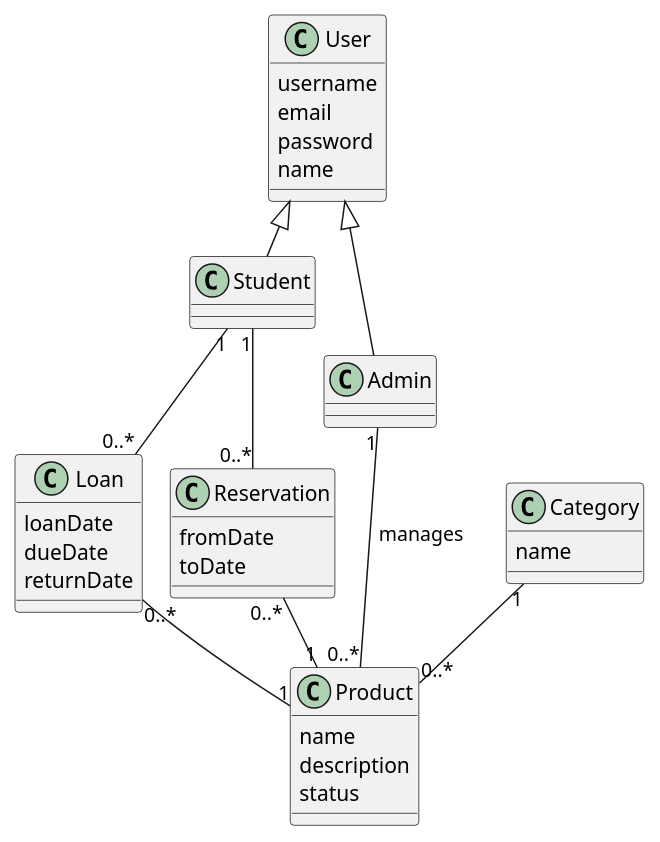
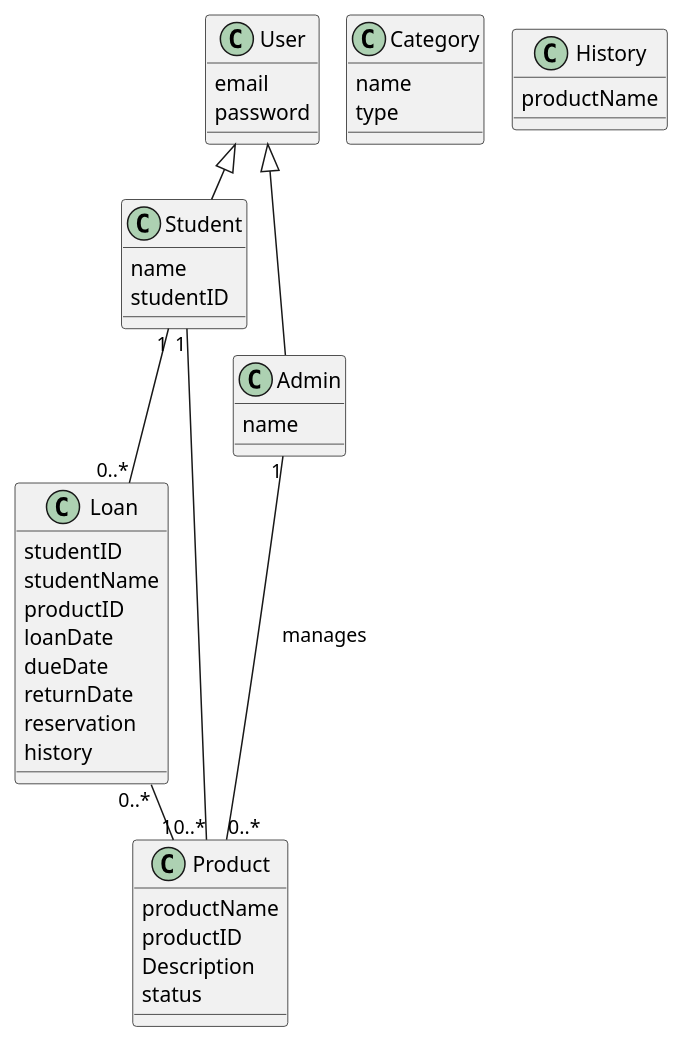
The diagram in docs/DomæneModel2.puml (daud0095/Pet-Project), drawn with PlantUML before and after one commit.

Commit message:
Domænemodel2

```diff
--- a/docs/DomæneModel2.puml
+++ b/docs/DomæneModel2.puml
@@ -1,47 +1,55 @@
 @startuml
 !pragma layout smetana
 class User{
-  username
   email
   password
+}
+
+class Student{
+  name
+  studentID
+}
+
+class Admin{
   name
 }
 
-class Student{
-}
-
-class Admin{
-}
-
 class Loan{
+  studentID
+  studentName
+  productID
   loanDate
   dueDate
   returnDate
-}
+  reservation
+  history
 
-class Reservation{
-  fromDate
-  toDate
 }
 
 class Category{
   name
+  type
 }
 
 class Product{
-  name
-  description
+  productName
+  productID
+  Description
   status
+
+}
+
+class History{
+  productName
 }
 
 User <|-- Student
 User <|-- Admin
 
 Student "1" -- "0..*" Loan
 Loan "0..*" -- "1" Product
-Student "1" -- "0..*" Reservation
-Reservation "0..*" -- "1" Product
-Category "1" -- "0..*" Product
+Student "1" -- "0..*" Product
+
 
 Admin "1" -- "0..*" Product : manages
 @enduml
```
